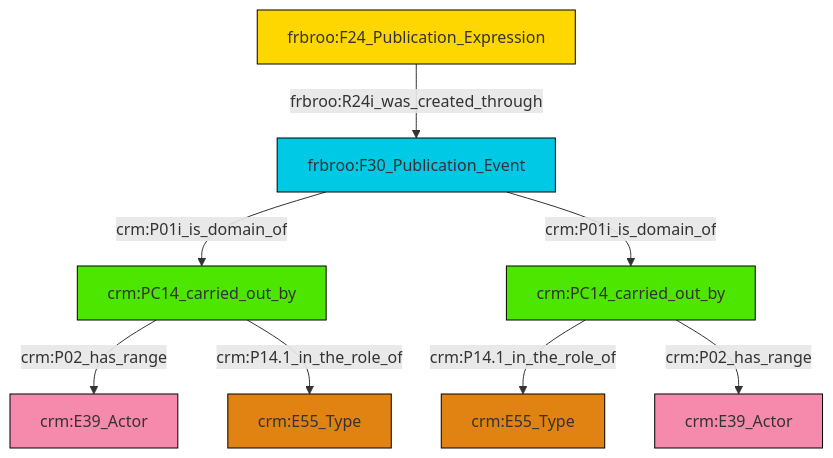
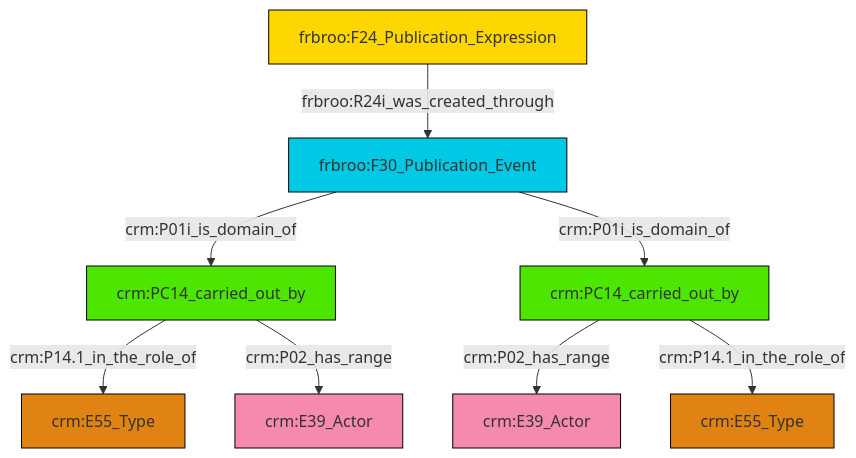
Before and after one commit to swiss-art-research-net/reference-data-models: the diagram in et/biblioCSV/ttl/mmd/biblio_actor_relations.ttl.mmd, drawn with Mermaid. The commit also changed 128 other files, not shown here.

```diff
--- a/et/biblioCSV/ttl/mmd/biblio_actor_relations.ttl.mmd
+++ b/et/biblioCSV/ttl/mmd/biblio_actor_relations.ttl.mmd
@@ -1,22 +1,22 @@
 graph TD
 classDef Literal fill:#f2f2f2,stroke:#000000;
 classDef CRM_Entity fill:#FFFFFF,stroke:#000000;
 classDef Temporal_Entity fill:#00C9E6, stroke:#000000;
 classDef Type fill:#E18312, stroke:#000000;
 classDef Time-Span fill:#2C9C91, stroke:#000000;
 classDef Appellation fill:#FFEB7F, stroke:#000000;
 classDef Place fill:#008836, stroke:#000000;
 classDef Persistent_Item fill:#B266B2, stroke:#000000;
 classDef Conceptual_Object fill:#FFD700, stroke:#000000;
 classDef Physical_Thing fill:#D2B48C, stroke:#000000;
 classDef Actor fill:#f58aad, stroke:#000000;
 classDef PC_Classes fill:#4ce600, stroke:#000000;
 classDef Multi fill:#cccccc,stroke:#000000;
 
-2["crm:PC14_carried_out_by"]:::PC_Classes -->|crm:P14.1_in_the_role_of| 3["crm:E55_Type"]:::Type
-6["crm:PC14_carried_out_by"]:::PC_Classes -->|crm:P02_has_range| 7["crm:E39_Actor"]:::Actor
-6["crm:PC14_carried_out_by"]:::PC_Classes -->|crm:P14.1_in_the_role_of| 9["crm:E55_Type"]:::Type
-4["frbroo:F30_Publication_Event"]:::Temporal_Entity -->|crm:P01i_is_domain_of| 6["crm:PC14_carried_out_by"]:::PC_Classes
-15["frbroo:F24_Publication_Expression"]:::Conceptual_Object -->|frbroo:R24i_was_created_through| 4["frbroo:F30_Publication_Event"]:::Temporal_Entity
-4["frbroo:F30_Publication_Event"]:::Temporal_Entity -->|crm:P01i_is_domain_of| 2["crm:PC14_carried_out_by"]:::PC_Classes
-2["crm:PC14_carried_out_by"]:::PC_Classes -->|crm:P02_has_range| 0["crm:E39_Actor"]:::Actor
+6["frbroo:F30_Publication_Event"]:::Temporal_Entity -->|crm:P01i_is_domain_of| 7["crm:PC14_carried_out_by"]:::PC_Classes
+6["frbroo:F30_Publication_Event"]:::Temporal_Entity -->|crm:P01i_is_domain_of| 4["crm:PC14_carried_out_by"]:::PC_Classes
+7["crm:PC14_carried_out_by"]:::PC_Classes -->|crm:P14.1_in_the_role_of| 8["crm:E55_Type"]:::Type
+4["crm:PC14_carried_out_by"]:::PC_Classes -->|crm:P02_has_range| 9["crm:E39_Actor"]:::Actor
+0["frbroo:F24_Publication_Expression"]:::Conceptual_Object -->|frbroo:R24i_was_created_through| 6["frbroo:F30_Publication_Event"]:::Temporal_Entity
+7["crm:PC14_carried_out_by"]:::PC_Classes -->|crm:P02_has_range| 2["crm:E39_Actor"]:::Actor
+4["crm:PC14_carried_out_by"]:::PC_Classes -->|crm:P14.1_in_the_role_of| 11["crm:E55_Type"]:::Type
```
